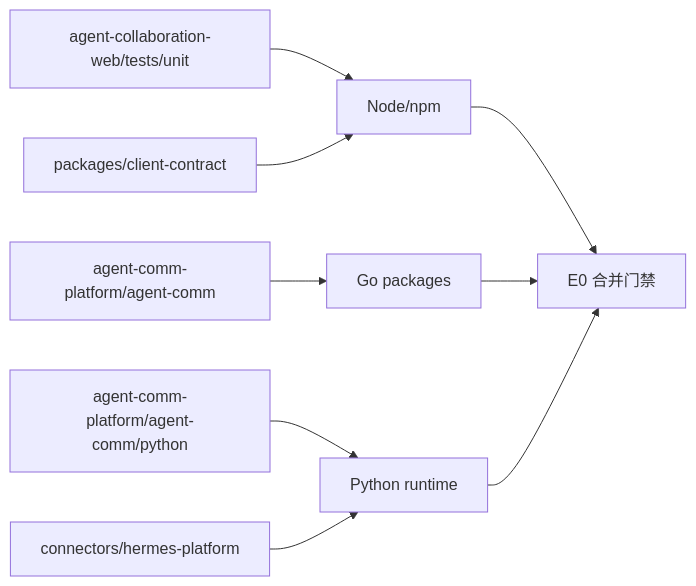
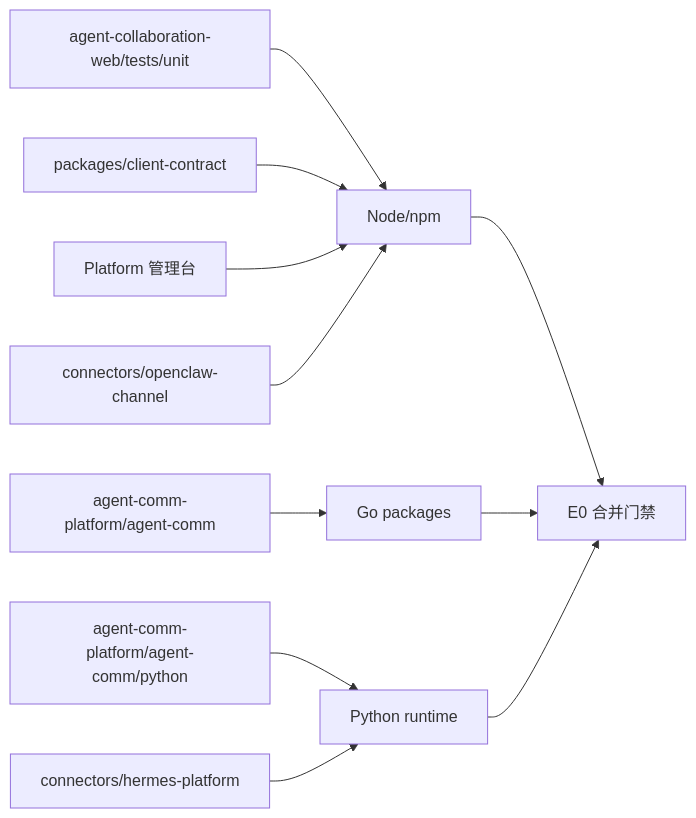
One commit to BillShiyaoZhang/agent-collaboration-deploy changed the fourth of 30 diagrams in docs/testing/TEST_EXECUTION_GUIDE.md. Above: the diagram before and after it, drawn with Mermaid. The commit also changed other lines of this file and 11 other files, not shown here.

```diff
--- a/docs/testing/TEST_EXECUTION_GUIDE.md
+++ b/docs/testing/TEST_EXECUTION_GUIDE.md
@@ -221,11 +229,13 @@
 ~~~mermaid
 flowchart LR
     WEB["agent-collaboration-web/tests/unit"] --> NODE["Node/npm"]
     CONTRACT["packages/client-contract"] --> NODE
     SDKGO["agent-comm-platform/agent-comm"] --> GO["Go packages"]
     RUNTIME["agent-comm-platform/agent-comm/python"] --> PY["Python runtime"]
     HERMES["connectors/hermes-platform"] --> PY
+    ADMIN["Platform 管理台"] --> NODE
+    OPENCLAW["connectors/openclaw-channel"] --> NODE
     NODE --> GATE["E0 合并门禁"]
     GO --> GATE
     PY --> GATE
 ~~~
```
